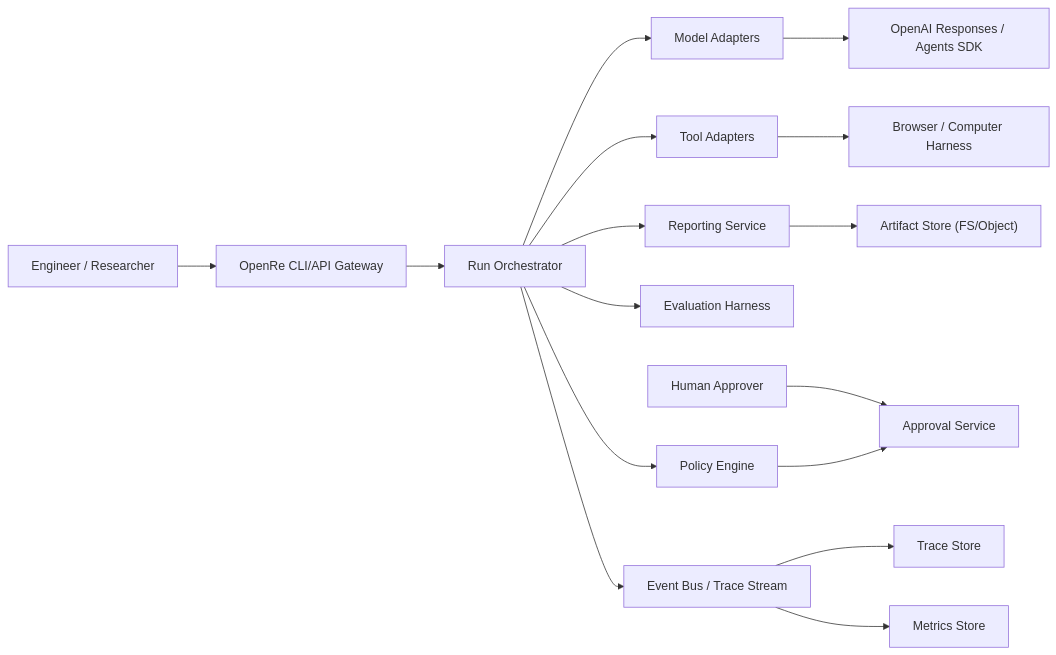
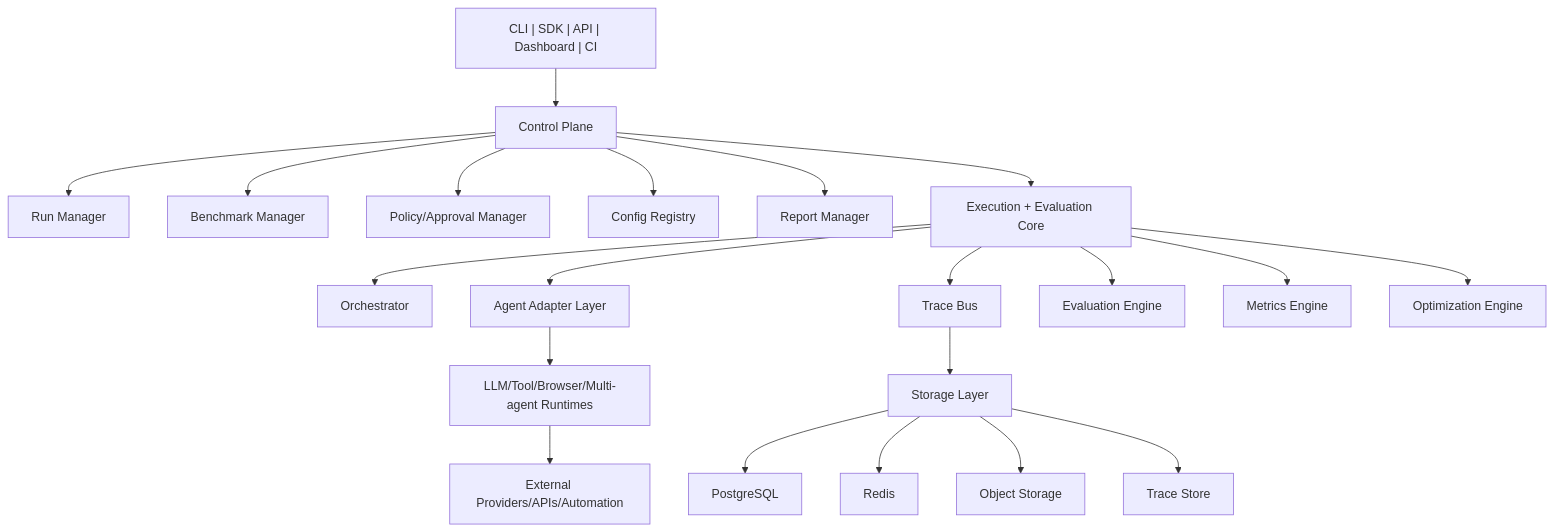
One commit to reiidoda/OpenRe changed the diagram in docs/18_high_level_design.md. Above: the diagram before and after it, drawn with Mermaid. The commit also changed other lines of this file and 40 other files, not shown here.

Commit message:
docs(product): align OpenRe vision, roadmap, and execution plan

````diff
--- a/docs/18_high_level_design.md
+++ b/docs/18_high_level_design.md
@@ -28,21 +24,28 @@
 ```mermaid
-flowchart LR
-  User["Engineer / Researcher"] --> API["OpenRe CLI/API Gateway"]
-  Approver["Human Approver"] --> Approval["Approval Service"]
+flowchart TB
+  UI["CLI | SDK | API | Dashboard | CI"] --> CP["Control Plane"]
 
-  API --> Orchestrator["Run Orchestrator"]
-  Orchestrator --> Agents["Model Adapters"]
-  Orchestrator --> Tools["Tool Adapters"]
-  Orchestrator --> Eval["Evaluation Harness"]
-  Orchestrator --> Reports["Reporting Service"]
-  Orchestrator --> Safety["Policy Engine"]
+  CP --> RM["Run Manager"]
+  CP --> BM["Benchmark Manager"]
+  CP --> PM["Policy/Approval Manager"]
+  CP --> CM["Config Registry"]
+  CP --> RPM["Report Manager"]
 
-  Safety --> Approval
-  Orchestrator --> Events["Event Bus / Trace Stream"]
-  Events --> TraceDB["Trace Store"]
-  Events --> Metrics["Metrics Store"]
+  CP --> CORE["Execution + Evaluation Core"]
+  CORE --> ORCH["Orchestrator"]
+  CORE --> ADP["Agent Adapter Layer"]
+  CORE --> TB["Trace Bus"]
+  CORE --> EVAL["Evaluation Engine"]
+  CORE --> MET["Metrics Engine"]
+  CORE --> OPT["Optimization Engine"]
 
-  Agents --> OpenAI["OpenAI Responses / Agents SDK"]
-  Tools --> Browser["Browser / Computer Harness"]
-  Reports --> Artifacts["Artifact Store (FS/Object)"]
+  ADP --> RUNTIME["LLM/Tool/Browser/Multi-agent Runtimes"]
+
+  TB --> STORE["Storage Layer"]
+  STORE --> PG["PostgreSQL"]
+  STORE --> REDIS["Redis"]
+  STORE --> OBJ["Object Storage"]
+  STORE --> TRACE["Trace Store"]
+
+  RUNTIME --> EXT["External Providers/APIs/Automation"]
 ```
````
